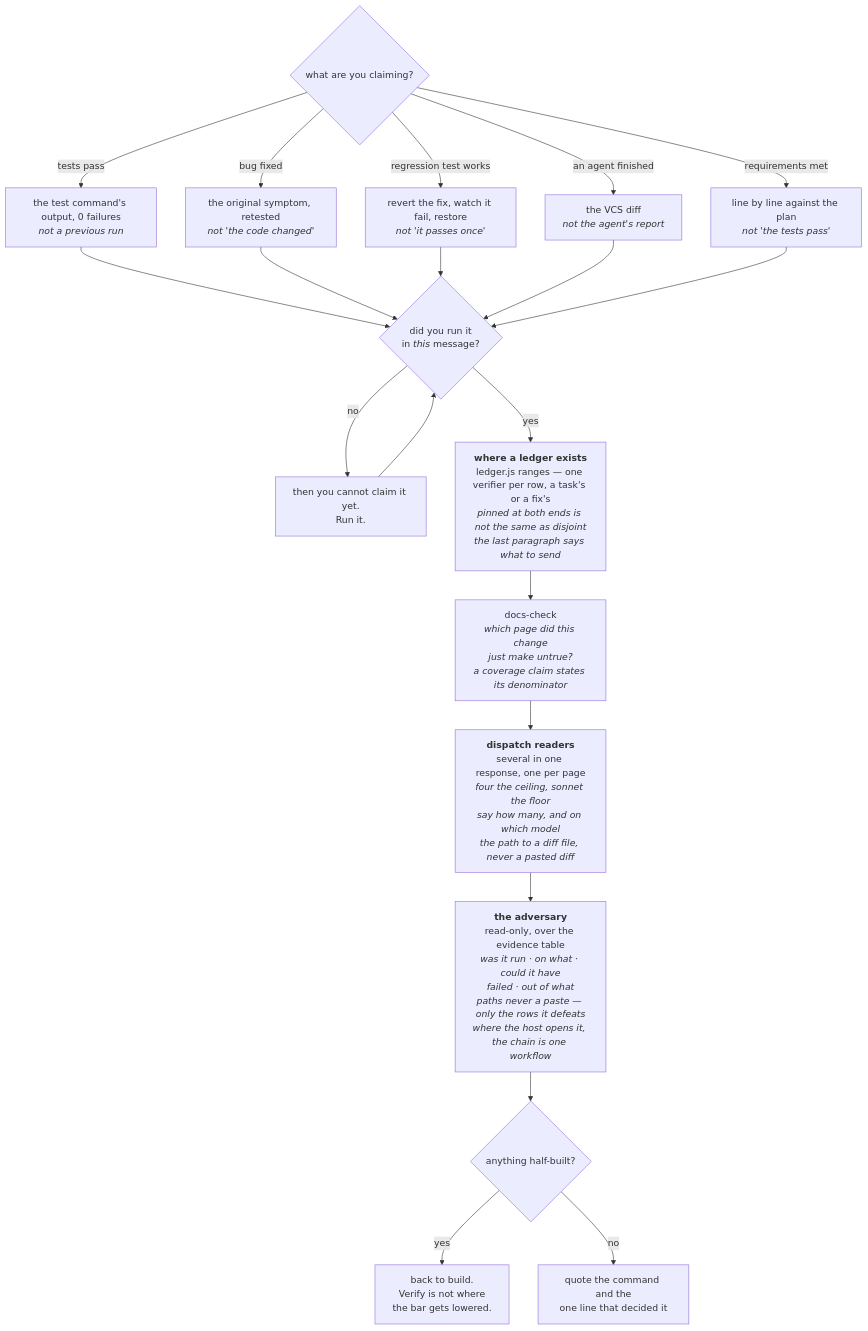
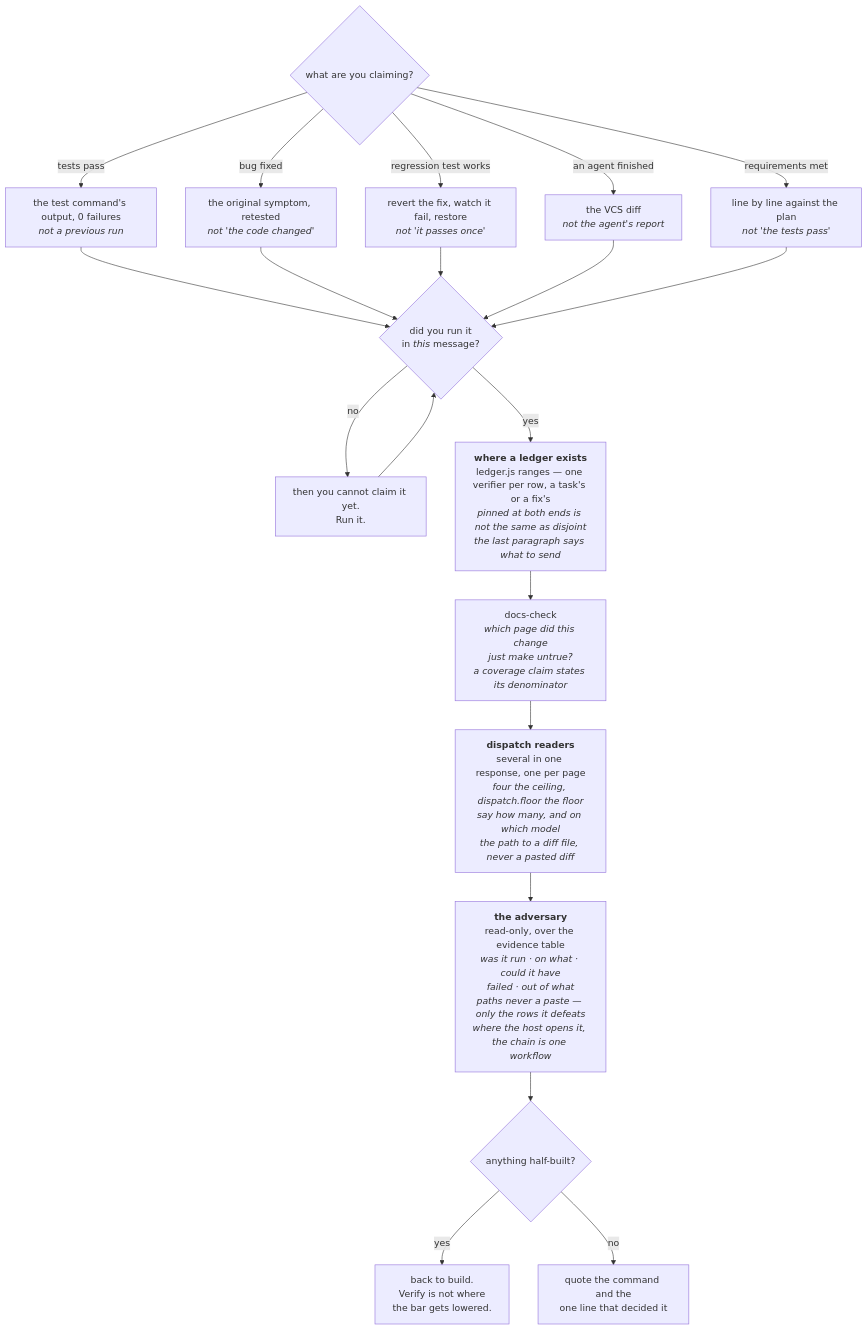
One commit to FanFantom9452/FanKeel changed the sixth of 8 diagrams in docs/pipeline.md. Above: the diagram before and after it, drawn with Mermaid. The commit also changed other lines of this file and 8 other files, not shown here.

````diff
--- a/docs/pipeline.md
+++ b/docs/pipeline.md
@@ -641,38 +641,38 @@
 ```mermaid
 flowchart TD
     A{"what are you claiming?"}
     A1["the test command's output, 0 failures<br/><i>not a previous run</i>"]
     A2["the original symptom, retested<br/><i>not 'the code changed'</i>"]
     A3["revert the fix, watch it fail, restore<br/><i>not 'it passes once'</i>"]
     A4["the VCS diff<br/><i>not the agent's report</i>"]
     A5["line by line against the plan<br/><i>not 'the tests pass'</i>"]
     B{"did you run it<br/>in <i>this</i> message?"}
     C["then you cannot claim it yet.<br/>Run it."]
     D0["<b>where a ledger exists</b><br/>ledger.js ranges — one verifier per row, a task's or a fix's<br/><i>pinned at both ends is not the same as disjoint</i><br/><i>the last paragraph says what to send</i>"]
     D["docs-check<br/><i>which page did this change<br/>just make untrue?</i><br/><i>a coverage claim states its denominator</i>"]
-    D1["<b>dispatch readers</b><br/>several in one response, one per page<br/><i>four the ceiling, sonnet the floor</i><br/><i>say how many, and on which model</i><br/><i>the path to a diff file, never a pasted diff</i>"]
+    D1["<b>dispatch readers</b><br/>several in one response, one per page<br/><i>four the ceiling, dispatch.floor the floor</i><br/><i>say how many, and on which model</i><br/><i>the path to a diff file, never a pasted diff</i>"]
     D2["<b>the adversary</b><br/>read-only, over the evidence table<br/><i>was it run · on what · could it have<br/>failed · out of what</i><br/><i>paths never a paste — only the rows it defeats</i><br/><i>where the host opens it, the chain is one workflow</i>"]
     E{"anything half-built?"}
     F["back to build.<br/>Verify is not where<br/>the bar gets lowered."]
     G["quote the command and the<br/>one line that decided it"]
 
     A -- "tests pass" --> A1
     A -- "bug fixed" --> A2
     A -- "regression test works" --> A3
     A -- "an agent finished" --> A4
     A -- "requirements met" --> A5
     A1 --> B
     A2 --> B
     A3 --> B
     A4 --> B
     A5 --> B
     B -- no --> C
     C --> B
     B -- yes --> D0
     D0 --> D
     D --> D1
     D1 --> D2
     D2 --> E
     E -- yes --> F
     E -- no --> G
 ```
````
